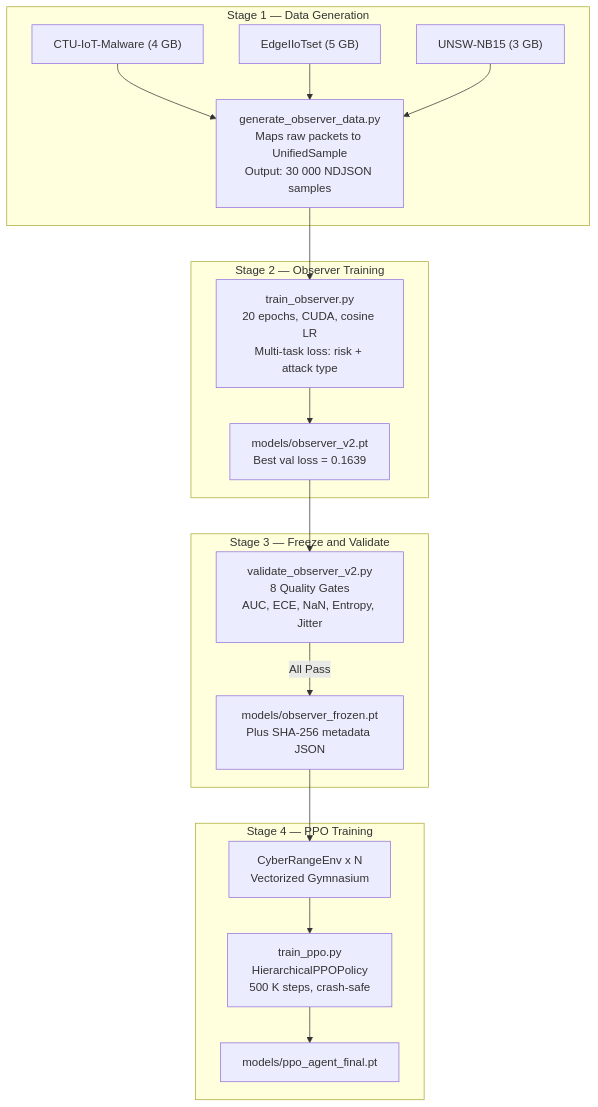
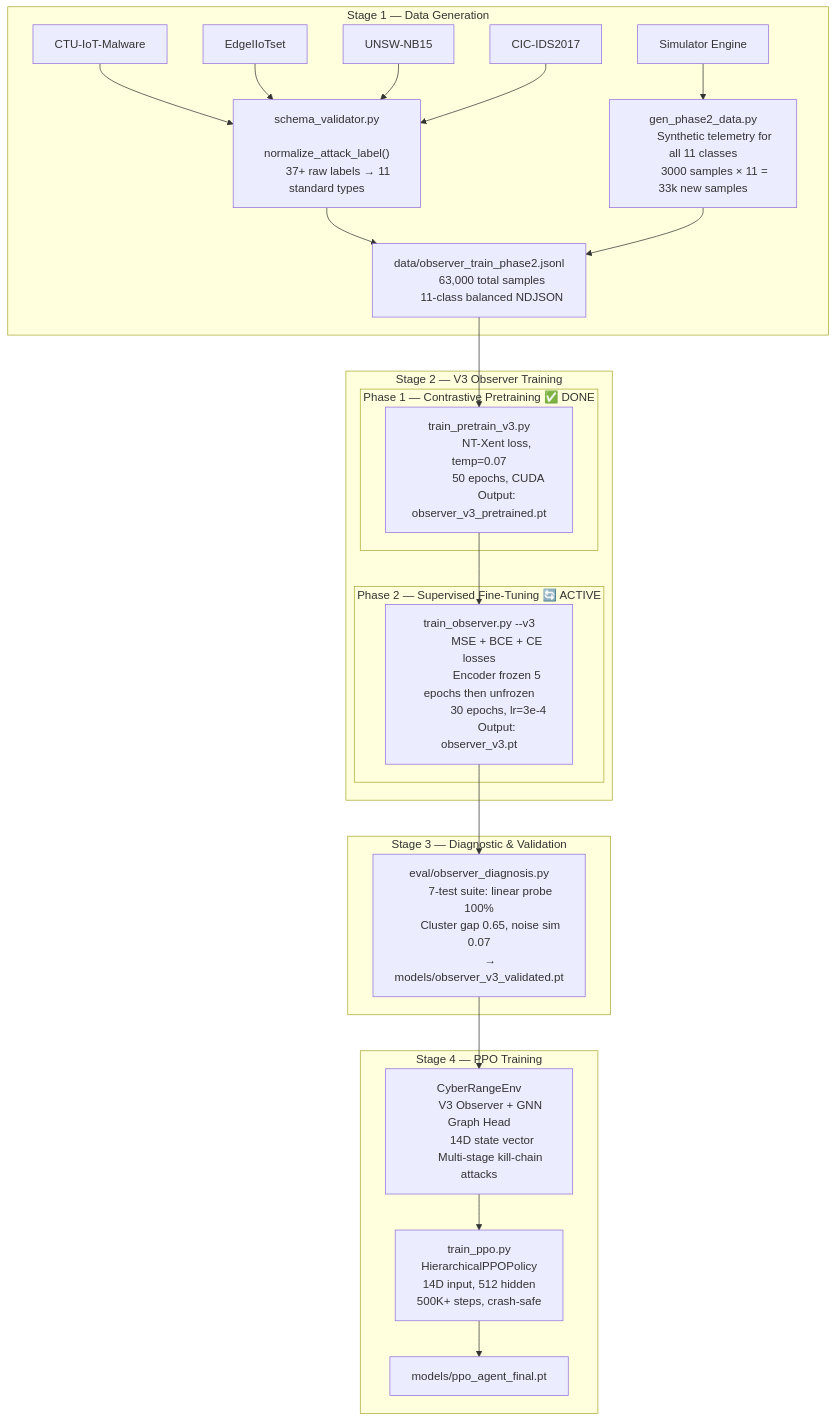
Before and after one commit to didi-09/AI_DRIVEN_SOAR: the first of 14 diagrams in README.md, drawn with Mermaid. The commit also changed other lines of this file, not shown here.

````diff
--- a/README.md
+++ b/README.md
@@ -23,25 +23,54 @@
 ```mermaid
 flowchart TD
     subgraph S1["Stage 1 — Data Generation"]
-        DS1["CTU-IoT-Malware (4 GB)"]
-        DS2["EdgeIIoTset (5 GB)"]
-        DS3["UNSW-NB15 (3 GB)"]
-        DS1 & DS2 & DS3 --> GEN["generate_observer_data.py<br/>Maps raw packets to UnifiedSample<br/>Output: 30 000 NDJSON samples"]
+        DS1["CTU-IoT-Malware"]
+        DS2["EdgeIIoTset"]
+        DS3["UNSW-NB15"]
+        DS4["CIC-IDS2017"]
+        DS5["Simulator Engine"]
+        DS1 & DS2 & DS3 & DS4 --> NORM["schema_validator.py
+        normalize_attack_label()
+        37+ raw labels → 11 standard types"]
+        DS5 --> GEN["gen_phase2_data.py
+        Synthetic telemetry for all 11 classes
+        3000 samples × 11 = 33k new samples"]
+        NORM & GEN --> MERGE["data/observer_train_phase2.jsonl
+        63,000 total samples
+        11-class balanced NDJSON"]
     end
 
-    subgraph S2["Stage 2 — Observer Training"]
-        GEN --> OBS_TRAIN["train_observer.py<br/>20 epochs, CUDA, cosine LR<br/>Multi-task loss: risk + attack type"]
-        OBS_TRAIN --> CKPT["models/observer_v2.pt<br/>Best val loss = 0.1639"]
+    subgraph S2["Stage 2 — V3 Observer Training"]
+        subgraph P1["Phase 1 — Contrastive Pretraining ✅ DONE"]
+            MERGE --> PRE["train_pretrain_v3.py
+            NT-Xent loss, temp=0.07
+            50 epochs, CUDA
+            Output: observer_v3_pretrained.pt"]
+        end
+        subgraph P2["Phase 2 — Supervised Fine-Tuning 🔄 ACTIVE"]
+            PRE --> FT["train_observer.py --v3
+            MSE + BCE + CE losses
+            Encoder frozen 5 epochs then unfrozen
+            30 epochs, lr=3e-4
+            Output: observer_v3.pt"]
+        end
     end
 
-    subgraph S3["Stage 3 — Freeze and Validate"]
-        CKPT --> GATE["validate_observer_v2.py<br/>8 Quality Gates<br/>AUC, ECE, NaN, Entropy, Jitter"]
-        GATE -->|"All Pass"| FROZEN["models/observer_frozen.pt<br/>Plus SHA-256 metadata JSON"]
+    subgraph S3["Stage 3 — Diagnostic & Validation"]
+        FT --> DIAG["eval/observer_diagnosis.py
+        7-test suite: linear probe 100%
+        Cluster gap 0.65, noise sim 0.07
+        → models/observer_v3_validated.pt"]
     end
 
     subgraph S4["Stage 4 — PPO Training"]
-        FROZEN --> ENV["CyberRangeEnv x N<br/>Vectorized Gymnasium"]
-        ENV --> PPO["train_ppo.py<br/>HierarchicalPPOPolicy<br/>500 K steps, crash-safe"]
+        DIAG --> ENV["CyberRangeEnv
+        V3 Observer + GNN Graph Head
+        14D state vector
+        Multi-stage kill-chain attacks"]
+        ENV --> PPO["train_ppo.py
+        HierarchicalPPOPolicy
+        14D input, 512 hidden
+        500K+ steps, crash-safe"]
         PPO --> AGENT["models/ppo_agent_final.pt"]
     end
 ```
````
